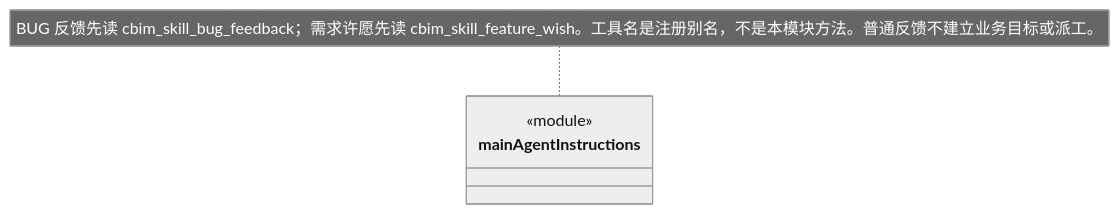
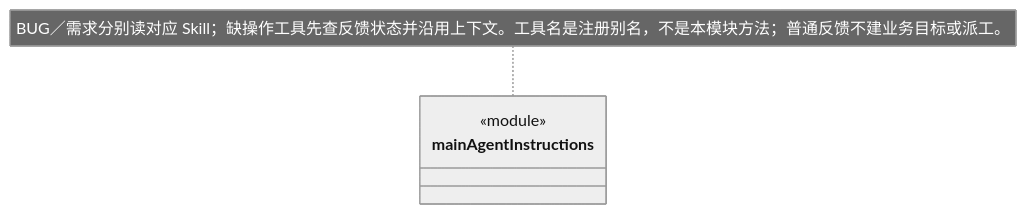
One commit to nan023062/cbim changed the sixth of 6 diagrams in src/backend/scheduler-engine/conversation/ARCHITECTURE.md. Above: the diagram before and after it, drawn with Mermaid (neutral theme). The commit also changed other lines of this file and 41 other files, not shown here.

````diff
--- a/src/backend/scheduler-engine/conversation/ARCHITECTURE.md
+++ b/src/backend/scheduler-engine/conversation/ARCHITECTURE.md
@@ -147,5 +149,5 @@
 ```mermaid
 classDiagram
 class mainAgentInstructions { <<module>> }
-note for mainAgentInstructions "BUG 反馈先读 cbim_skill_bug_feedback；需求许愿先读 cbim_skill_feature_wish。工具名是注册别名，不是本模块方法。普通反馈不建立业务目标或派工。"
+note for mainAgentInstructions "BUG／需求分别读对应 Skill；缺操作工具先查反馈状态并沿用上下文。工具名是注册别名，不是本模块方法；普通反馈不建业务目标或派工。"
 ```
````
